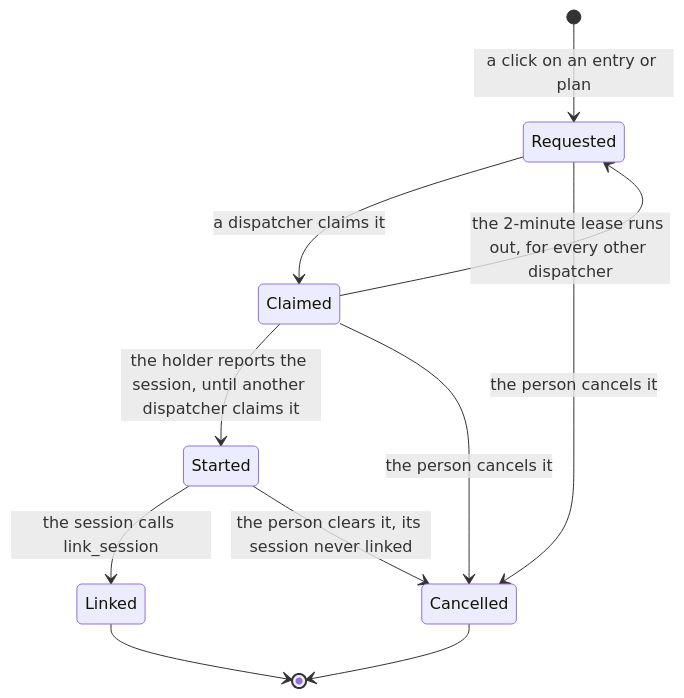
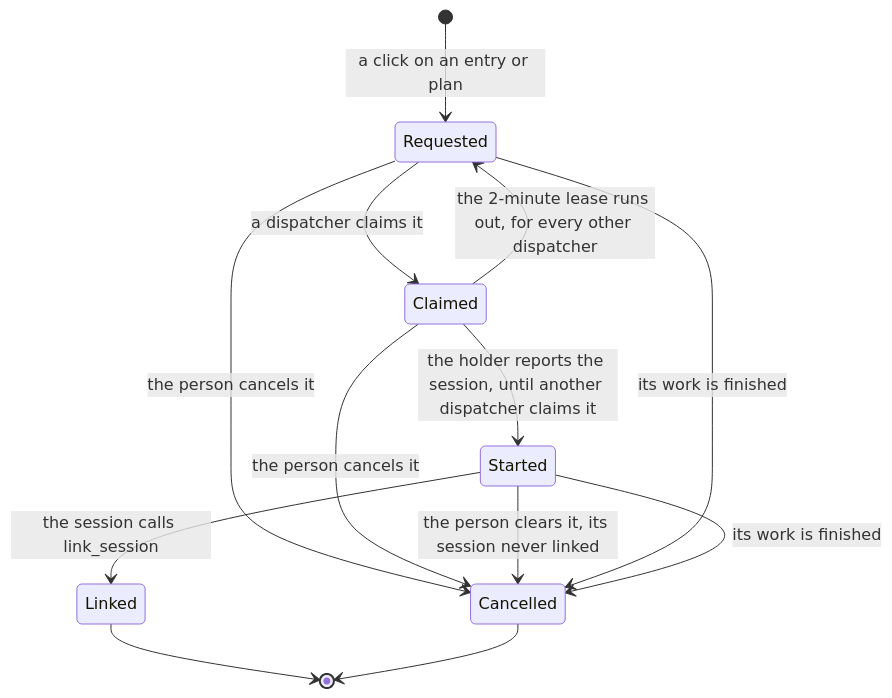
The second of 2 diagrams in .devbook/arc42/adr/0038-backlog-queues-session-requests-and-a-manager-session-dispatches-them.md (JSdotNet/Backlog), drawn with Mermaid before and after one commit. The commit also changed other lines of this file and 10 other files, not shown here.

````diff
--- a/.devbook/arc42/adr/0038-backlog-queues-session-requests-and-a-manager-session-dispatches-them.md
+++ b/.devbook/arc42/adr/0038-backlog-queues-session-requests-and-a-manager-session-dispatches-them.md
@@ -137,13 +138,15 @@
 ```mermaid
 stateDiagram-v2
   [*] --> Requested: a click on an entry or plan
   Requested --> Claimed: a dispatcher claims it
   Claimed --> Requested: the 2-minute lease runs out, for every other dispatcher
   Claimed --> Started: the holder reports the session, until another dispatcher claims it
   Started --> Linked: the session calls link_session
   Requested --> Cancelled: the person cancels it
   Claimed --> Cancelled: the person cancels it
   Started --> Cancelled: the person clears it, its session never linked
+  Requested --> Cancelled: its work is finished
+  Started --> Cancelled: its work is finished
   Linked --> [*]
   Cancelled --> [*]
 ```
````
